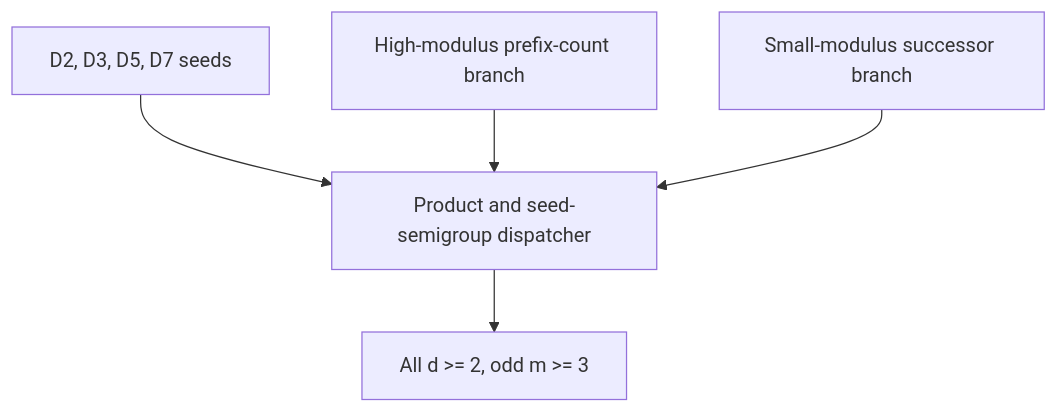
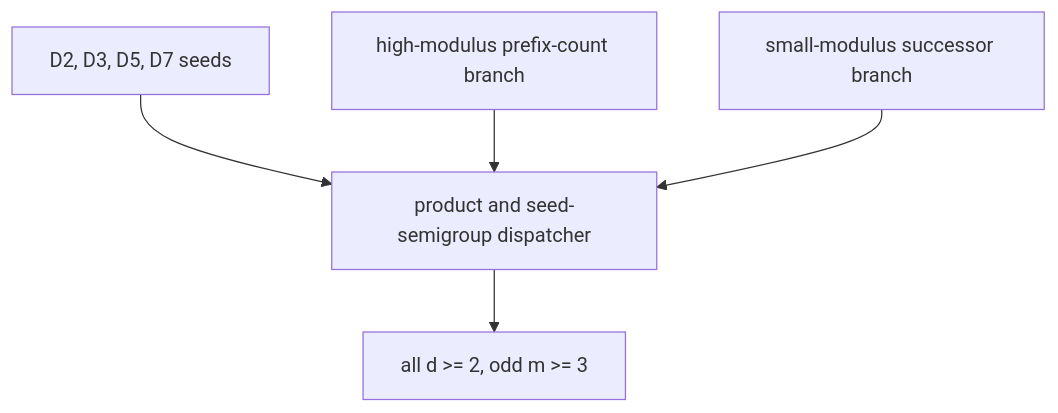
Before and after one commit to aria1th/Torus-Hamilton-Decomposition-Program: the second of 3 diagrams in README.md, drawn with Mermaid. The commit also changed other lines of this file, not shown here.

Commit message:
Fix README diagrams and AI disclosure

````diff
--- a/README.md
+++ b/README.md
@@ -122,13 +122,13 @@
 ```mermaid
 flowchart TD
-    Seeds[D2, D3, D5, D7 seeds]
-    High[High-modulus prefix-count branch]
-    Successor[Small-modulus successor branch]
-    Dispatch[Product and seed-semigroup dispatcher]
-    Final[All d >= 2, odd m >= 3]
+    Seeds["D2, D3, D5, D7 seeds"]
+    High["high-modulus prefix-count branch"]
+    Successor["small-modulus successor branch"]
+    Dispatch["product and seed-semigroup dispatcher"]
+    Final["all d >= 2, odd m >= 3"]
 
     Seeds --> Dispatch
     High --> Dispatch
     Successor --> Dispatch
     Dispatch --> Final
 ```
````
